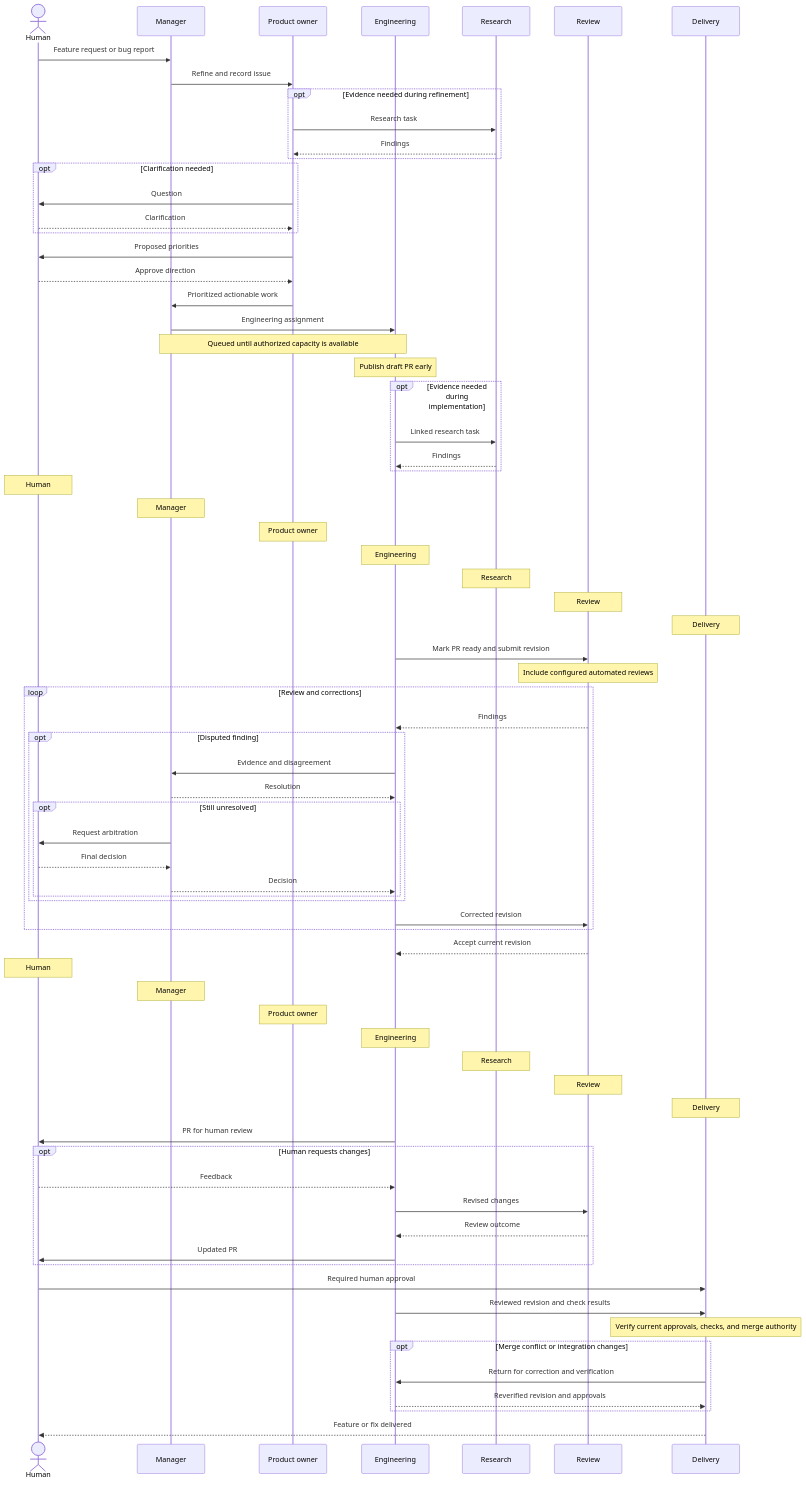
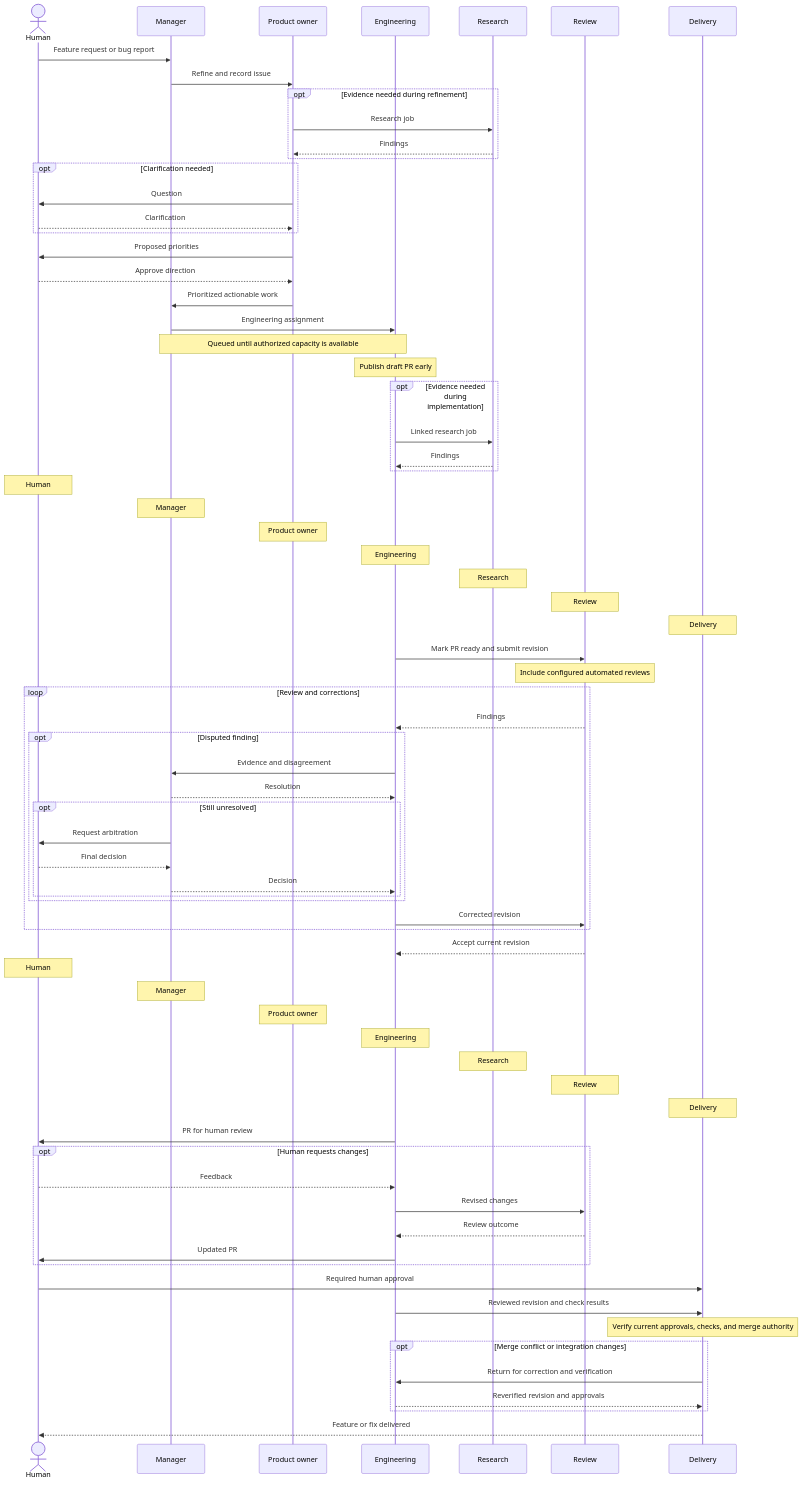
The third of 3 diagrams in SPEC.md (dataclique/metagenda), drawn with Mermaid before and after one commit. The commit also changed other lines of this file and 1 other file, not shown here.

Commit message:
define observable job pools and manager boundaries

````diff
--- a/SPEC.md
+++ b/SPEC.md
@@ -231,80 +253,80 @@
 ```mermaid
 sequenceDiagram
     actor H as Human
     participant M as Manager
     participant P as Product owner
     participant E as Engineering
     participant R as Research
     participant V as Review
     participant D as Delivery
 
     H->>M: Feature request or bug report
     M->>P: Refine and record issue
     opt Evidence needed during refinement
-        P->>R: Research task
+        P->>R: Research job
         R-->>P: Findings
     end
     opt Clarification needed
         P->>H: Question
         H-->>P: Clarification
     end
     P->>H: Proposed priorities
     H-->>P: Approve direction
     P->>M: Prioritized actionable work
     M->>E: Engineering assignment
     Note over M,E: Queued until authorized capacity is available
     Note over E: Publish draft PR early
     opt Evidence needed during implementation
-        E->>R: Linked research task
+        E->>R: Linked research job
         R-->>E: Findings
     end
 
     Note over H: Human
     Note over M: Manager
     Note over P: Product owner
     Note over E: Engineering
     Note over R: Research
     Note over V: Review
     Note over D: Delivery
 
     E->>V: Mark PR ready and submit revision
     Note over V: Include configured automated reviews
     loop Review and corrections
         V-->>E: Findings
         opt Disputed finding
             E->>M: Evidence and disagreement
             M-->>E: Resolution
             opt Still unresolved
                 M->>H: Request arbitration
                 H-->>M: Final decision
                 M-->>E: Decision
             end
         end
         E->>V: Corrected revision
     end
     V-->>E: Accept current revision
 
     Note over H: Human
     Note over M: Manager
     Note over P: Product owner
     Note over E: Engineering
     Note over R: Research
     Note over V: Review
     Note over D: Delivery
 
     E->>H: PR for human review
     opt Human requests changes
         H-->>E: Feedback
         E->>V: Revised changes
         V-->>E: Review outcome
         E->>H: Updated PR
     end
     H->>D: Required human approval
     E->>D: Reviewed revision and check results
     Note over D: Verify current approvals, checks, and merge authority
     opt Merge conflict or integration changes
         D->>E: Return for correction and verification
         E-->>D: Reverified revision and approvals
     end
     D-->>H: Feature or fix delivered
 ```
````
